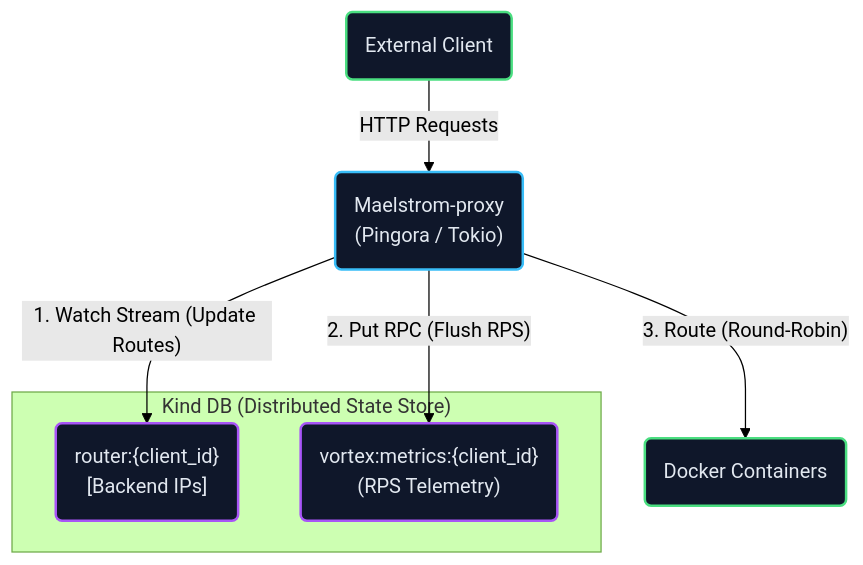
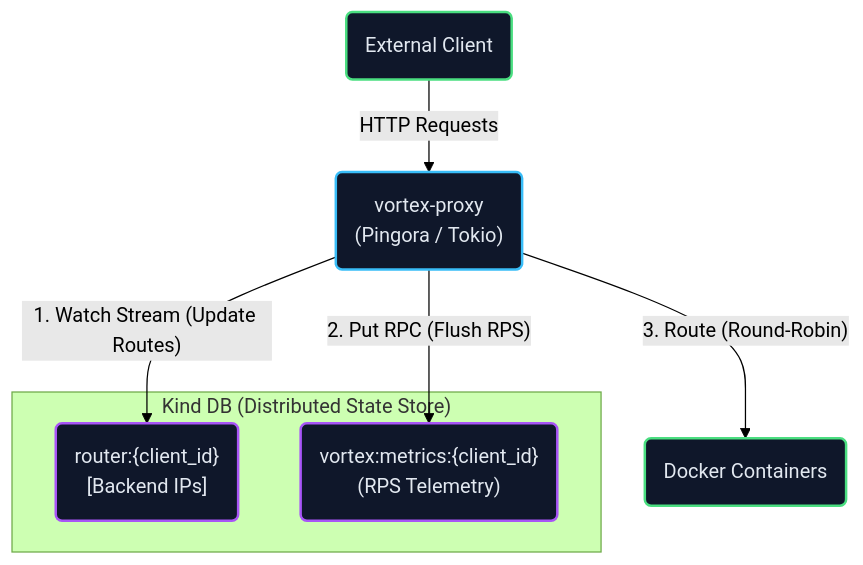
One commit to NKS01X/Maelstrom-proxy changed the first of 2 diagrams in README.md. Above: the diagram before and after it, drawn with Mermaid (forest theme). The commit also changed other lines of this file and 1 other file, not shown here.

````diff
--- a/README.md
+++ b/README.md
@@ -31,19 +34,19 @@
 ```mermaid
 graph TD
     classDef router  fill:#0f172a,stroke:#38bdf8,stroke-width:2px,color:#e2e8f0
     classDef store   fill:#0f172a,stroke:#a855f7,stroke-width:2px,color:#e2e8f0
     classDef client  fill:#0f172a,stroke:#4ade80,stroke-width:2px,color:#e2e8f0
 
     Client("External Client"):::client
-    Router("Maelstrom-proxy\n(Pingora / Tokio)"):::router
+    Router("vortex-proxy\n(Pingora / Tokio)"):::router
 
     subgraph StateStore["Kind DB (Distributed State Store)"]
         Router_K("router:{client_id}\n[Backend IPs]"):::store
         Metrics("vortex:metrics:{client_id}\n(RPS Telemetry)"):::store
     end
 
     Client -->|"HTTP Requests"| Router
     Router -->|"1. Watch Stream (Update Routes)"| Router_K
     Router -->|"2. Put RPC (Flush RPS)"| Metrics
     Router -->|"3. Route (Round-Robin)"| Backends("Docker Containers"):::client
 ```
````
